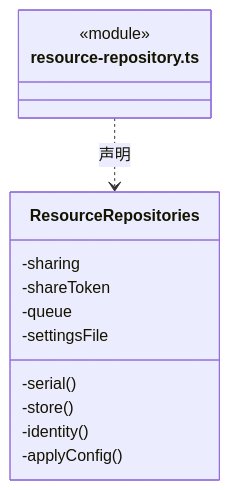
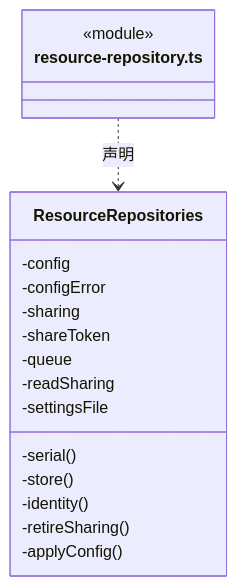
Before and after one commit to nan023062/cbim: the seventh of 11 diagrams in src/backend/main/resources/ARCHITECTURE.md, drawn with Mermaid. The commit also changed other lines of this file and 49 other files, not shown here.

````diff
--- a/src/backend/main/resources/ARCHITECTURE.md
+++ b/src/backend/main/resources/ARCHITECTURE.md
@@ -91,17 +203,21 @@
 ```mermaid
 classDiagram
 class N_src_backend_main_resources_resource_repository_ts["resource-repository.ts"] {
   <<module>>
 }
 class N_src_backend_main_resources_resource_repository_ts_ResourceRepositories["ResourceRepositories"] {
+  -config
+  -configError
   -sharing
   -shareToken
   -queue
+  -readSharing
   -settingsFile
   -serial()
   -store()
   -identity()
+  -retireSharing()
   -applyConfig()
 }
 N_src_backend_main_resources_resource_repository_ts ..> N_src_backend_main_resources_resource_repository_ts_ResourceRepositories : 声明
 ```
````
